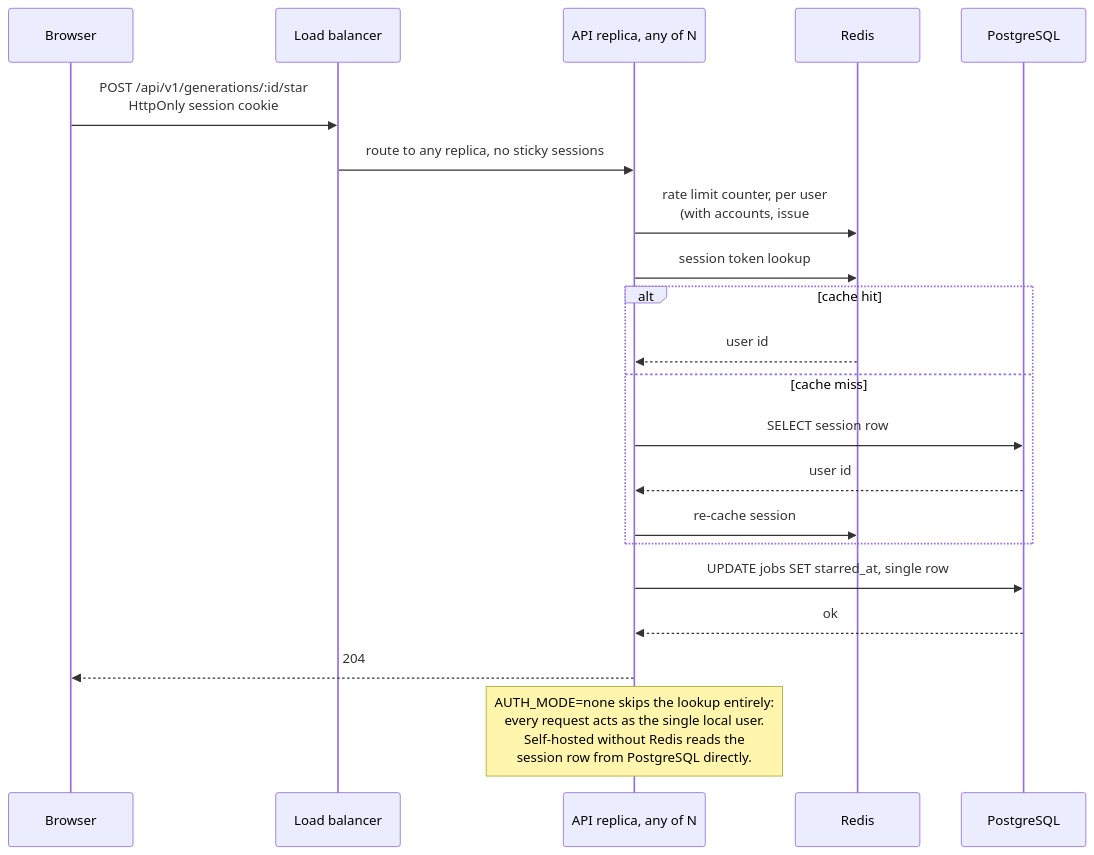
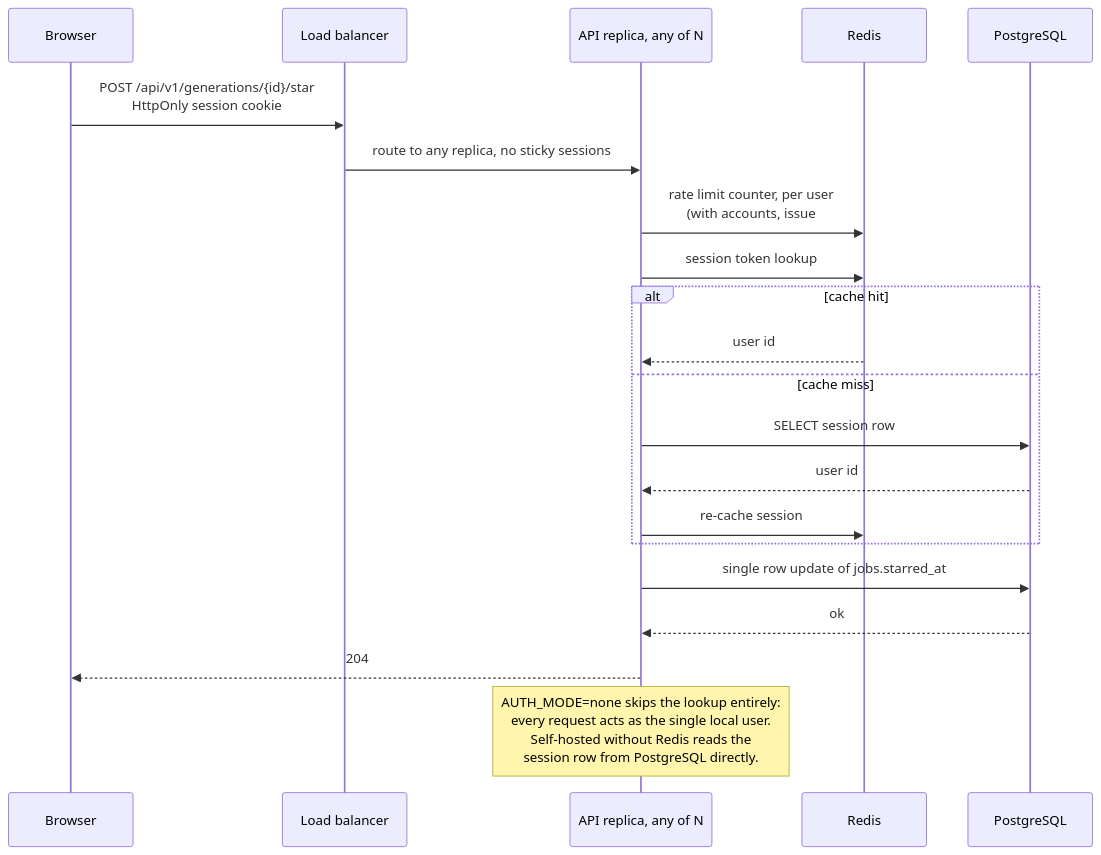
Before and after one commit to Portocolom-Studio/potocolom: diagram 12 of 15 in docs/architecture.md, drawn with Mermaid. The commit also changed other lines of this file, not shown here.

Commit message:
Label the upload target for both storage backends
Review of #127, from the suppressed findings, all three of which hold.

The upload edge said presigned PUT across a subgraph that covers local
disk as well as S3, but a local install dispatches an internal API route
(app/storage.py); only the cloud target is presigned.

Path parameters read {id} everywhere in api.md, so the one :id here now
matches, and the write step reads as a description rather than as SQL
missing its assignment and predicate.

````diff
--- a/docs/architecture.md
+++ b/docs/architecture.md
@@ -392,23 +392,23 @@
 ```mermaid
 sequenceDiagram
     participant B as Browser
     participant LB as Load balancer
     participant A as API replica, any of N
     participant R as Redis
     participant P as PostgreSQL
-    B->>LB: POST /api/v1/generations/:id/star<br>HttpOnly session cookie
+    B->>LB: POST /api/v1/generations/{id}/star<br>HttpOnly session cookie
     LB->>A: route to any replica, no sticky sessions
     A->>R: rate limit counter, per user<br>(with accounts, issue #5)
     A->>R: session token lookup
     alt cache hit
         R-->>A: user id
     else cache miss
         A->>P: SELECT session row
         P-->>A: user id
         A->>R: re-cache session
     end
-    A->>P: UPDATE jobs SET starred_at, single row
+    A->>P: single row update of jobs.starred_at
     P-->>A: ok
     A-->>B: 204
     note over A: AUTH_MODE=none skips the lookup entirely:<br>every request acts as the single local user.<br>Self-hosted without Redis reads the<br>session row from PostgreSQL directly.
 ```
````
